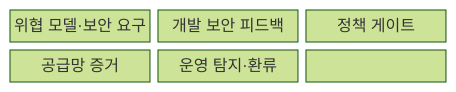
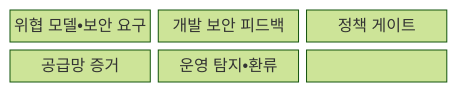
Before and after one commit to agnusdei1207/knowledge-base: the first of 2 diagrams in src/content/docs/notes/08-latest-tech/177_devsecops.md, drawn with Mermaid (forest theme). The commit also changed other lines of this file and 953 other files, not shown here.

````diff
--- a/src/content/docs/notes/08-latest-tech/177_devsecops.md
+++ b/src/content/docs/notes/08-latest-tech/177_devsecops.md
@@ -71,11 +71,11 @@
 ```mermaid
 block-beta
   columns 3
-  N0["위협 모델·보안 요구"]
+  N0["위협 모델•보안 요구"]
   N1["개발 보안 피드백"]
   N2["정책 게이트"]
   N3["공급망 증거"]
-  N4["운영 탐지·환류"]
+  N4["운영 탐지•환류"]
   N0 --- N1 --- N2
   N2 --- N3 --- N4
 ```
````
